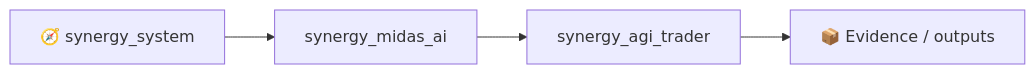
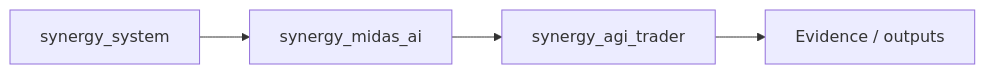
One commit to Shtenco/synergy_agi_trader changed the first of 2 diagrams in README.md. Above: the diagram before and after it, drawn with Mermaid. The commit also changed other lines of this file, not shown here.

````diff
--- a/README.md
+++ b/README.md
@@ -331,6 +331,6 @@
 ```mermaid
 flowchart LR
-    SYS[🧭 synergy_system] --> P[synergy_midas_ai]
+    SYS[ synergy_system] --> P[synergy_midas_ai]
     P --> THIS[synergy_agi_trader]
-    THIS --> E[📦 Evidence / outputs]
+    THIS --> E[ Evidence / outputs]
 ```
````
